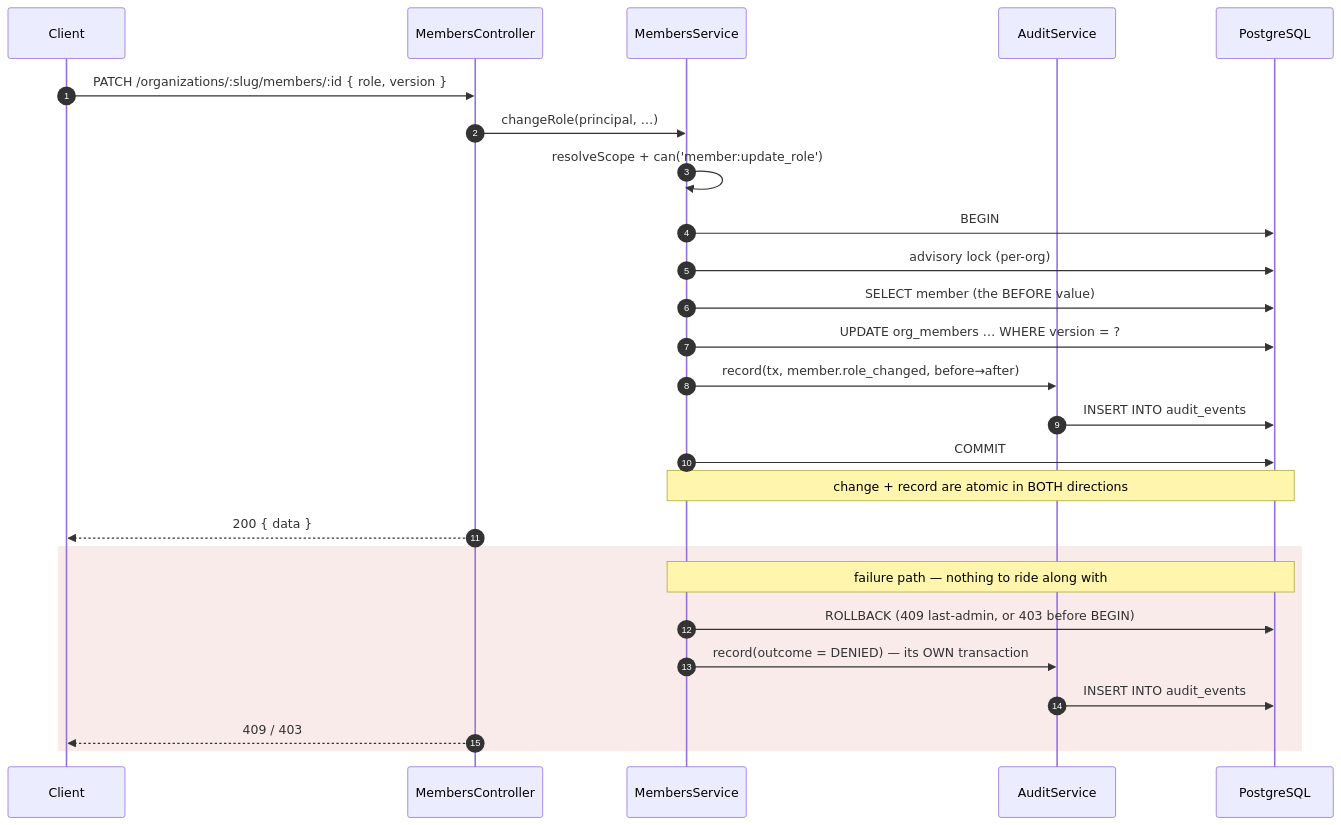
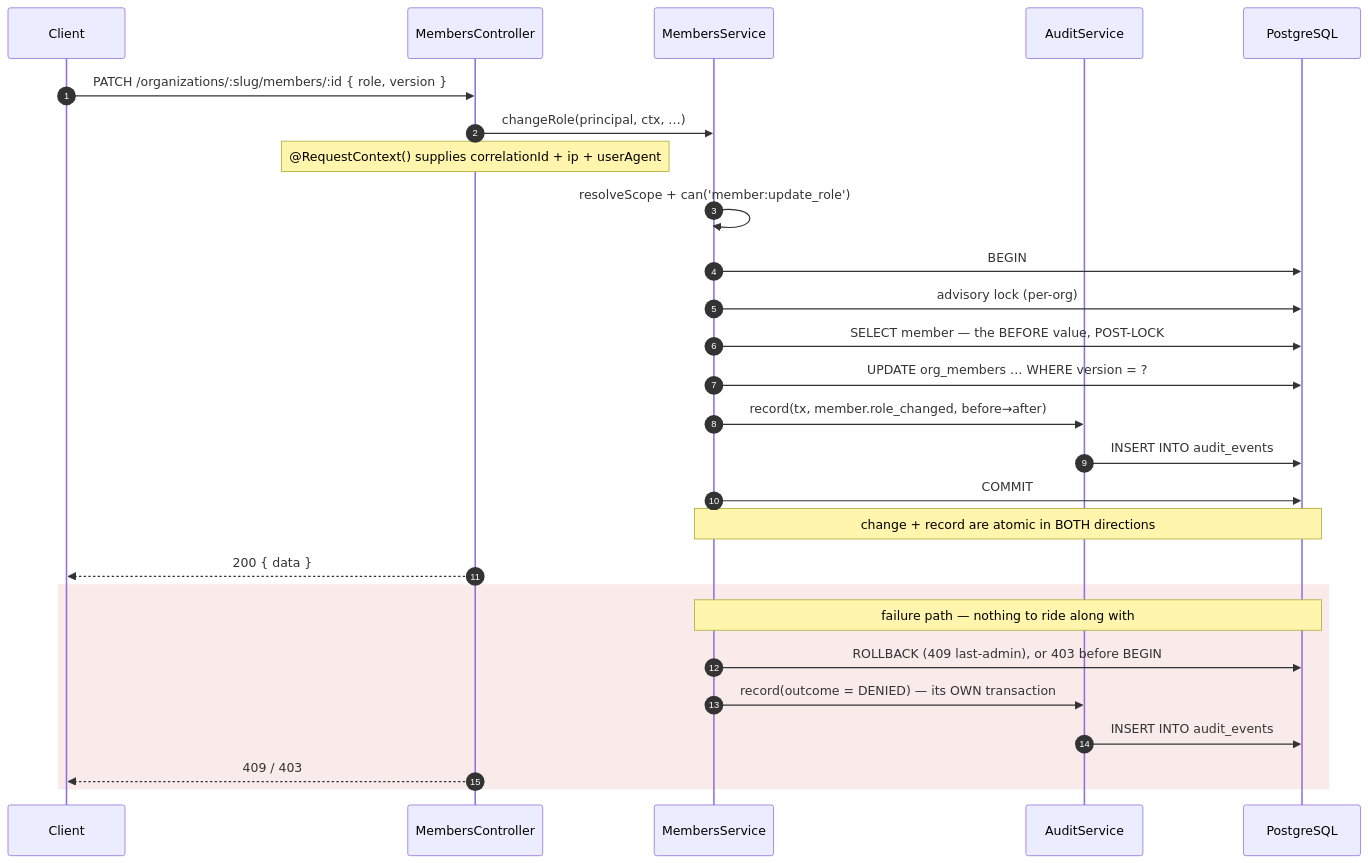
The second of 5 diagrams in docs/specs/audit-log/feature-spec.md (HuttonHomeHub/SchedulePoint_1), drawn with Mermaid before and after one commit. The commit also changed other lines of this file and 4 other files, not shown here.

````diff
--- a/docs/specs/audit-log/feature-spec.md
+++ b/docs/specs/audit-log/feature-spec.md
@@ -406,30 +551,31 @@
 ```mermaid
 sequenceDiagram
   autonumber
   participant C as Client
   participant Ctl as MembersController
   participant Svc as MembersService
   participant Aud as AuditService
   participant PG as PostgreSQL
 
   C->>Ctl: PATCH /organizations/:slug/members/:id { role, version }
-  Ctl->>Svc: changeRole(principal, …)
+  Ctl->>Svc: changeRole(principal, ctx, …)
+  Note over Ctl: @RequestContext() supplies correlationId + ip + userAgent
   Svc->>Svc: resolveScope + can('member:update_role')
   Svc->>PG: BEGIN
   Svc->>PG: advisory lock (per-org)
-  Svc->>PG: SELECT member  (the BEFORE value)
+  Svc->>PG: SELECT member — the BEFORE value, POST-LOCK
   Svc->>PG: UPDATE org_members … WHERE version = ?
   Svc->>Aud: record(tx, member.role_changed, before→after)
   Aud->>PG: INSERT INTO audit_events
   Svc->>PG: COMMIT
   Note over Svc,PG: change + record are atomic in BOTH directions
   Ctl-->>C: 200 { data }
 
   rect rgba(200,60,60,0.10)
     Note over Svc,PG: failure path — nothing to ride along with
-    Svc->>PG: ROLLBACK (409 last-admin, or 403 before BEGIN)
-    Svc->>Aud: record(outcome = DENIED)  — its OWN transaction
+    Svc->>PG: ROLLBACK (409 last-admin), or 403 before BEGIN
+    Svc->>Aud: record(outcome = DENIED) — its OWN transaction
     Aud->>PG: INSERT INTO audit_events
     Ctl-->>C: 409 / 403
   end
 ```
````
